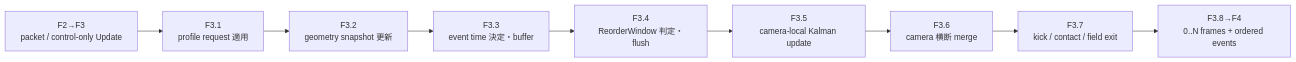
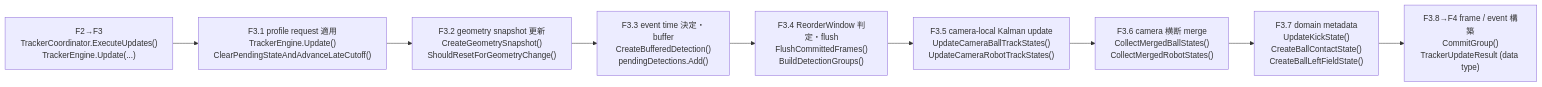
The fourth of 11 diagrams in Tracker/Design/Core/tracker-architecture-plan.md (ibis-ssl/Duck), drawn with Mermaid before and after one commit. The commit also changed other lines of this file, not shown here.

Commit message:
docs(tracker): フロー図を実装クラスとメソッドへ対応付ける

````diff
--- a/Tracker/Design/Core/tracker-architecture-plan.md
+++ b/Tracker/Design/Core/tracker-architecture-plan.md
@@ -221,14 +230,14 @@
 ```mermaid
 flowchart LR
-    Input["F2→F3<br/>packet / control-only Update"]
-    Request["F3.1<br/>profile request 適用"]
-    Geometry["F3.2<br/>geometry snapshot 更新"]
-    Buffer["F3.3<br/>event time 決定・buffer"]
-    Flush["F3.4<br/>ReorderWindow 判定・flush"]
-    Local["F3.5<br/>camera-local Kalman update"]
-    Merge["F3.6<br/>camera 横断 merge"]
-    Domain["F3.7<br/>kick / contact / field exit"]
-    Result["F3.8→F4<br/>0..N frames + ordered events"]
+    Input["F2→F3<br/>TrackerCoordinator.ExecuteUpdates()<br/>TrackerEngine.Update(...)"]
+    Request["F3.1 profile request 適用<br/>TrackerEngine.Update()<br/>ClearPendingStateAndAdvanceLateCutoff()"]
+    Geometry["F3.2 geometry snapshot 更新<br/>CreateGeometrySnapshot()<br/>ShouldResetForGeometryChange()"]
+    Buffer["F3.3 event time 決定・buffer<br/>CreateBufferedDetection()<br/>pendingDetections.Add()"]
+    Flush["F3.4 ReorderWindow 判定・flush<br/>FlushCommittedFrames()<br/>BuildDetectionGroups()"]
+    Local["F3.5 camera-local Kalman update<br/>UpdateCameraBallTrackStates()<br/>UpdateCameraRobotTrackStates()"]
+    Merge["F3.6 camera 横断 merge<br/>CollectMergedBallStates()<br/>CollectMergedRobotStates()"]
+    Domain["F3.7 domain metadata<br/>UpdateKickState()<br/>CreateBallContactState()<br/>CreateBallLeftFieldState()"]
+    Result["F3.8→F4 frame / event 構築<br/>CommitGroup()<br/>TrackerUpdateResult (data type)"]
 
     Input --> Request --> Geometry --> Buffer --> Flush --> Local --> Merge --> Domain --> Result
 ```
````
